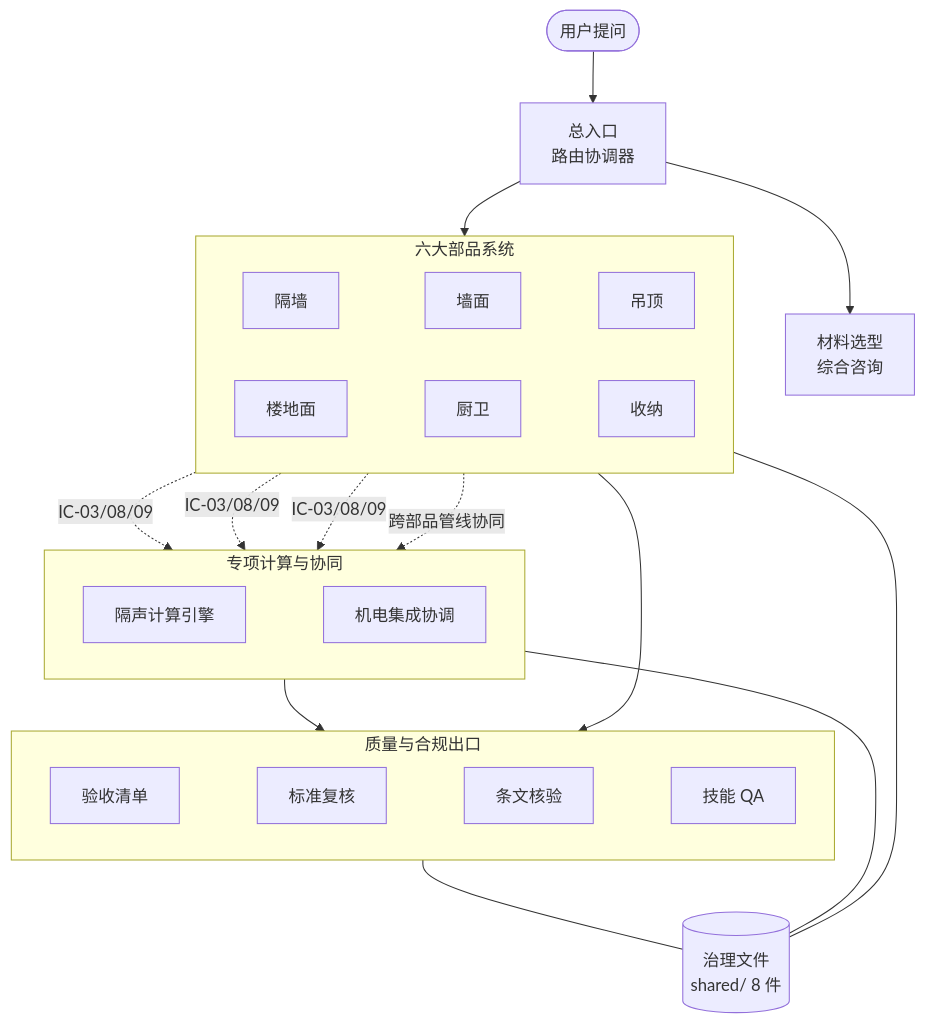
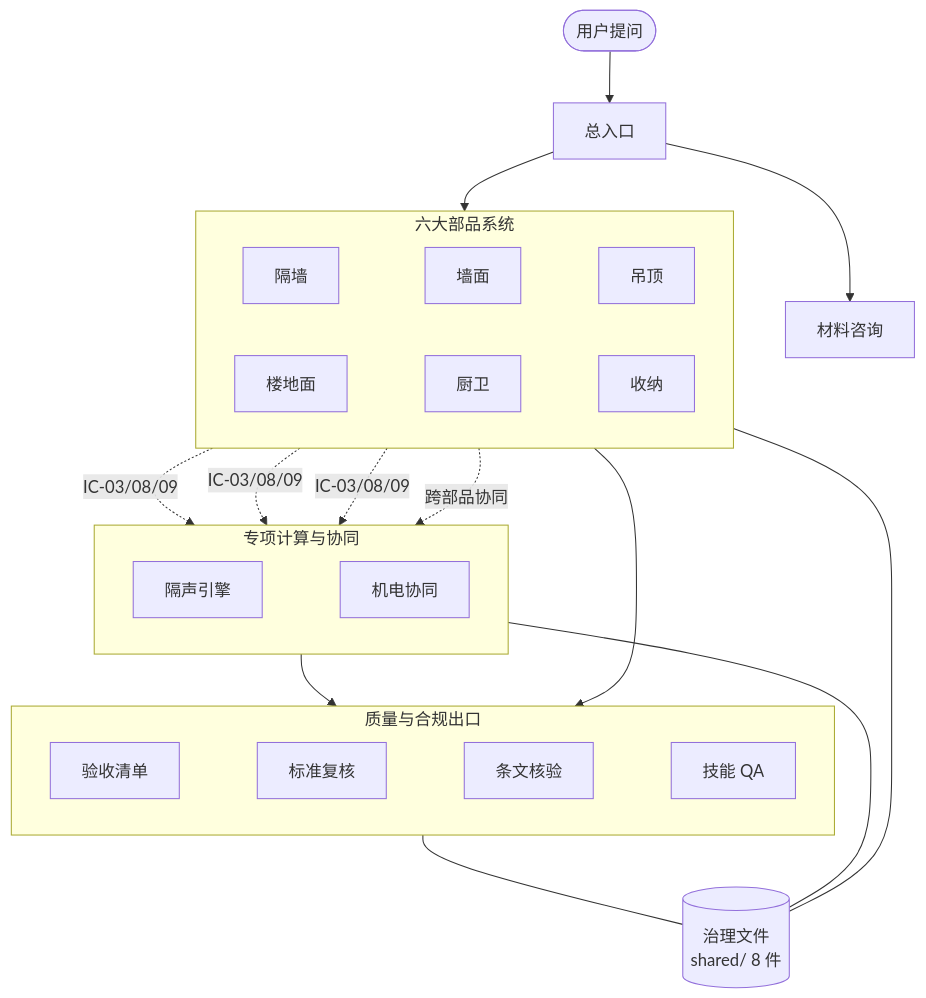
Before and after one commit to eiway112/prefab-interior-agent: the first of 5 diagrams in README.md, drawn with Mermaid. The commit also changed other lines of this file and 1 other file, not shown here.

First line of the commit message:
feat(公开面): 修复 README 流程图文字截断并校正事实（派生自开发仓 8c5f696）

````diff
--- a/README.md
+++ b/README.md
@@ -51,33 +53,33 @@
 ```mermaid
 flowchart TD
-    U([用户提问]) --> OR[总入口<br/>路由协调器]
-    OR --> EXP[材料选型<br/>综合咨询]
+    U([用户提问]) --> OR[总入口]
+    OR --> EXP[材料咨询]
 
     subgraph PARTS [六大部品系统]
         direction LR
         PW[隔墙] ~~~ WS[墙面] ~~~ CL[吊顶]
         FL[楼地面] ~~~ BK[厨卫] ~~~ ST[收纳]
     end
     OR --> PARTS
 
     subgraph CALC [专项计算与协同]
         direction LR
-        ACE[隔声计算引擎] ~~~ MEP[机电集成协调]
+        ACE[隔声引擎] ~~~ MEP[机电协同]
     end
     PW -. "IC-03/08/09" .-> ACE
     FL -. "IC-03/08/09" .-> ACE
     CL -. "IC-03/08/09" .-> ACE
-    PARTS -. "跨部品管线协同" .-> MEP
+    PARTS -. "跨部品协同" .-> MEP
 
     subgraph QA [质量与合规出口]
         direction LR
         AC[验收清单] ~~~ SR[标准复核] ~~~ SV[条文核验] ~~~ QT[技能 QA]
     end
     PARTS --> QA
     CALC --> QA
 
     GOV[(治理文件<br/>shared/ 8 件)]
     PARTS --- GOV
     CALC --- GOV
     QA --- GOV
 ```
````
